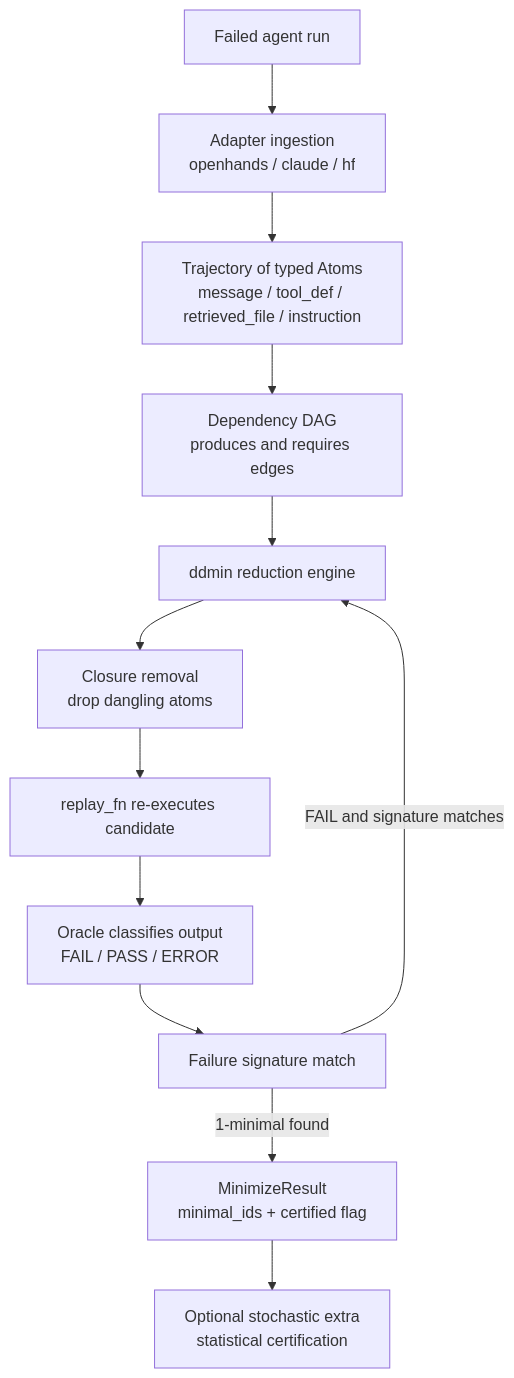
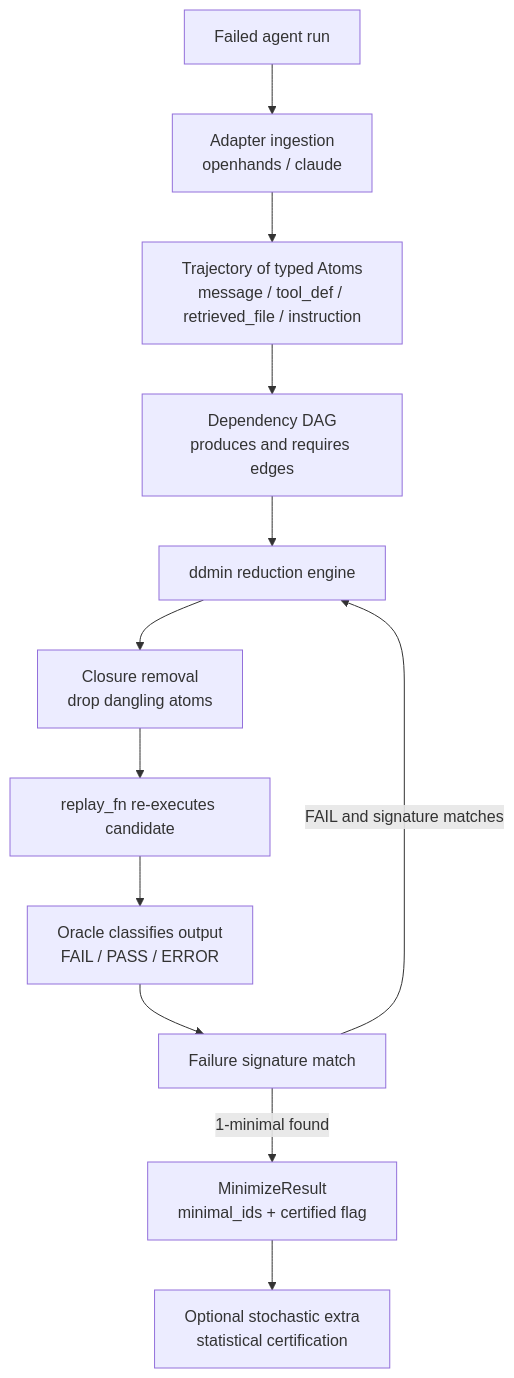
The diagram in README.md (hinanohart/tracemin), drawn with Mermaid before and after one commit.

Commit message:
docs: QA fix (rendering/content)

````diff
--- a/README.md
+++ b/README.md
@@ -17,14 +17,14 @@
 ```mermaid
 flowchart TD
-    Input[Failed agent run] --> Ingest[Adapter ingestion<br>openhands / claude / hf]
+    Input[Failed agent run] --> Ingest[Adapter ingestion<br>openhands / claude]
     Ingest --> Atoms[Trajectory of typed Atoms<br>message / tool_def / retrieved_file / instruction]
     Atoms --> DAG[Dependency DAG<br>produces and requires edges]
     DAG --> Engine[ddmin reduction engine]
     Engine --> Closure[Closure removal<br>drop dangling atoms]
     Closure --> Replay[replay_fn re-executes candidate]
     Replay --> Oracle[Oracle classifies output<br>FAIL / PASS / ERROR]
     Oracle --> Sig[Failure signature match]
     Sig -->|FAIL and signature matches| Engine
     Sig -->|1-minimal found| Artifact[MinimizeResult<br>minimal_ids + certified flag]
     Artifact --> Stochastic[Optional stochastic extra<br>statistical certification]
 ```
````
